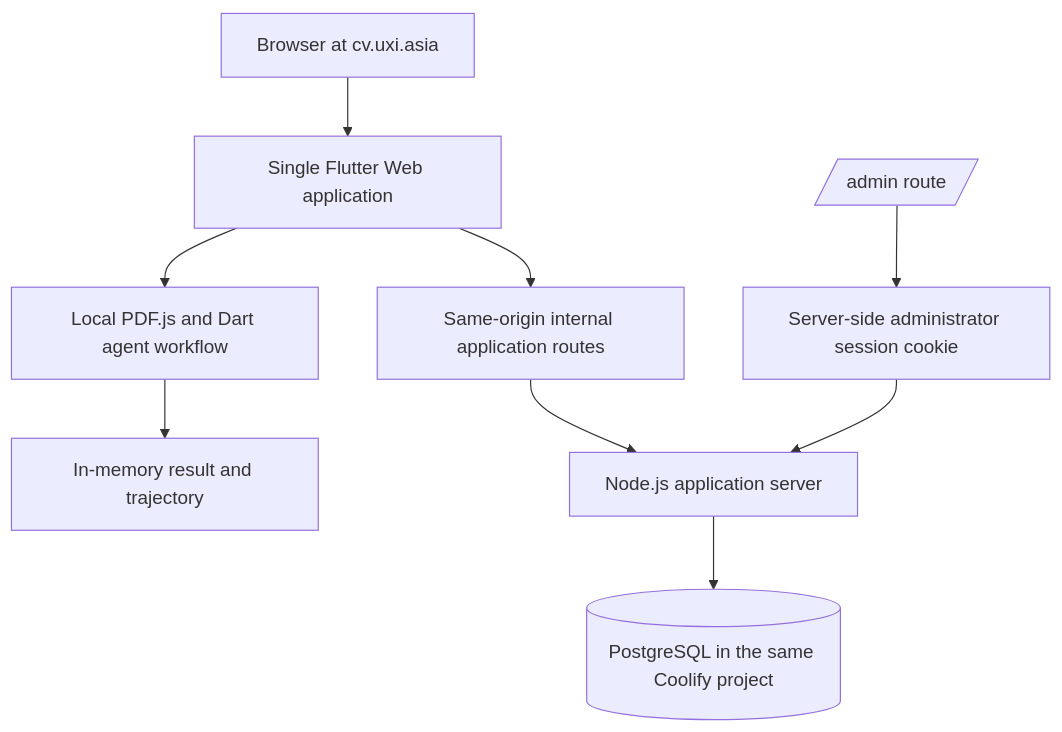
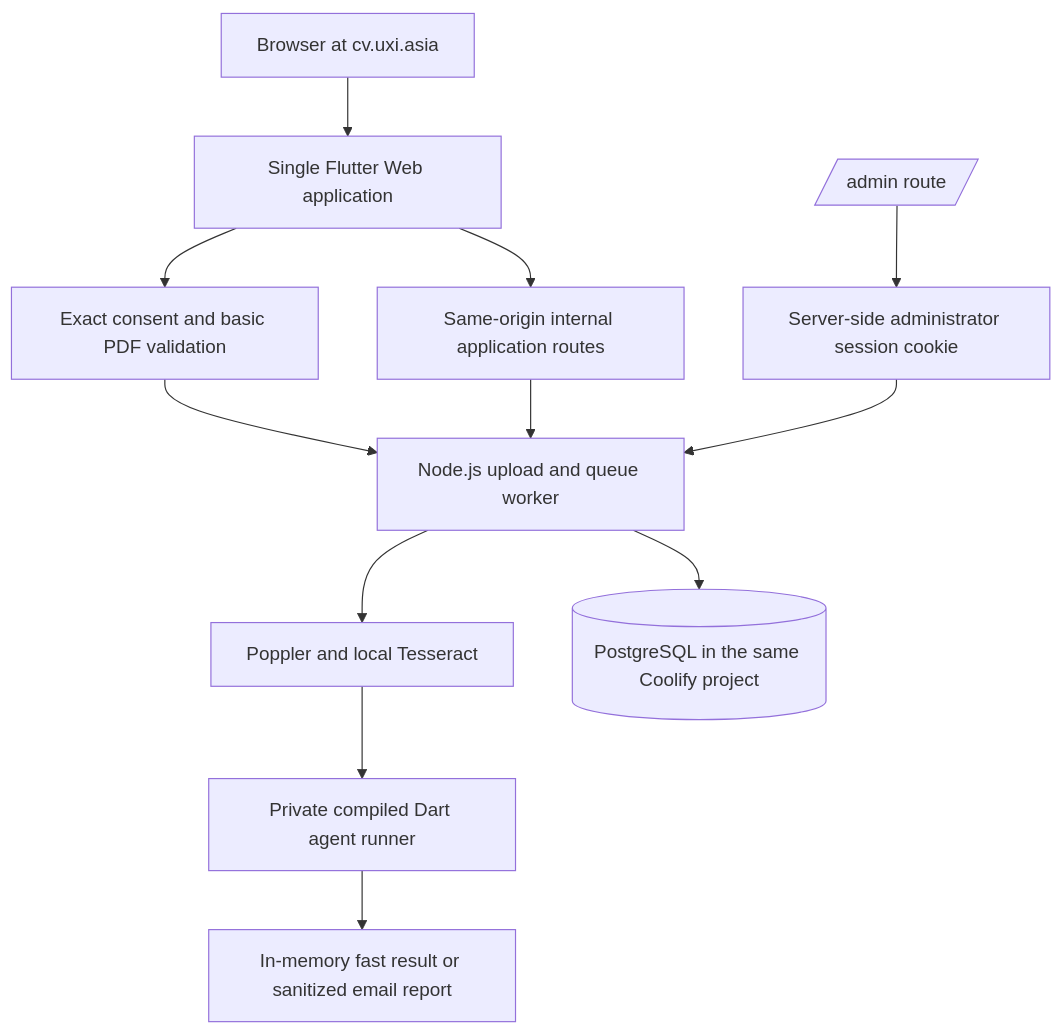
The diagram in docs/CV_Role_Readiness_Platform_Complete_Codex_Implementation_Prompt.md (rameshwx/ready-my-cv), drawn with Mermaid before and after one commit. The commit also changed other lines of this file and 64 other files, not shown here.

```diff
--- a/docs/CV_Role_Readiness_Platform_Complete_Codex_Implementation_Prompt.md
+++ b/docs/CV_Role_Readiness_Platform_Complete_Codex_Implementation_Prompt.md
@@ -124,11 +126,14 @@
 ~~~mermaid
 flowchart TD
     Browser[Browser at cv.uxi.asia] --> Flutter[Single Flutter Web application]
-    Flutter --> Local[Local PDF.js and Dart agent workflow]
-    Local --> Memory[In-memory result and trajectory]
+    Flutter --> Consent[Exact consent and basic PDF validation]
+    Consent --> Node[Node.js upload and queue worker]
+    Node --> Parser[Poppler and local Tesseract]
+    Parser --> Runner[Private compiled Dart agent runner]
+    Runner --> Memory[In-memory fast result or sanitized email report]
     Flutter --> Internal[Same-origin internal application routes]
-    Internal --> Node[Node.js application server]
+    Internal --> Node
     Node --> PostgreSQL[(PostgreSQL in the same Coolify project)]
     Admin[/admin route/] --> Session[Server-side administrator session cookie]
     Session --> Node
 ~~~
```
